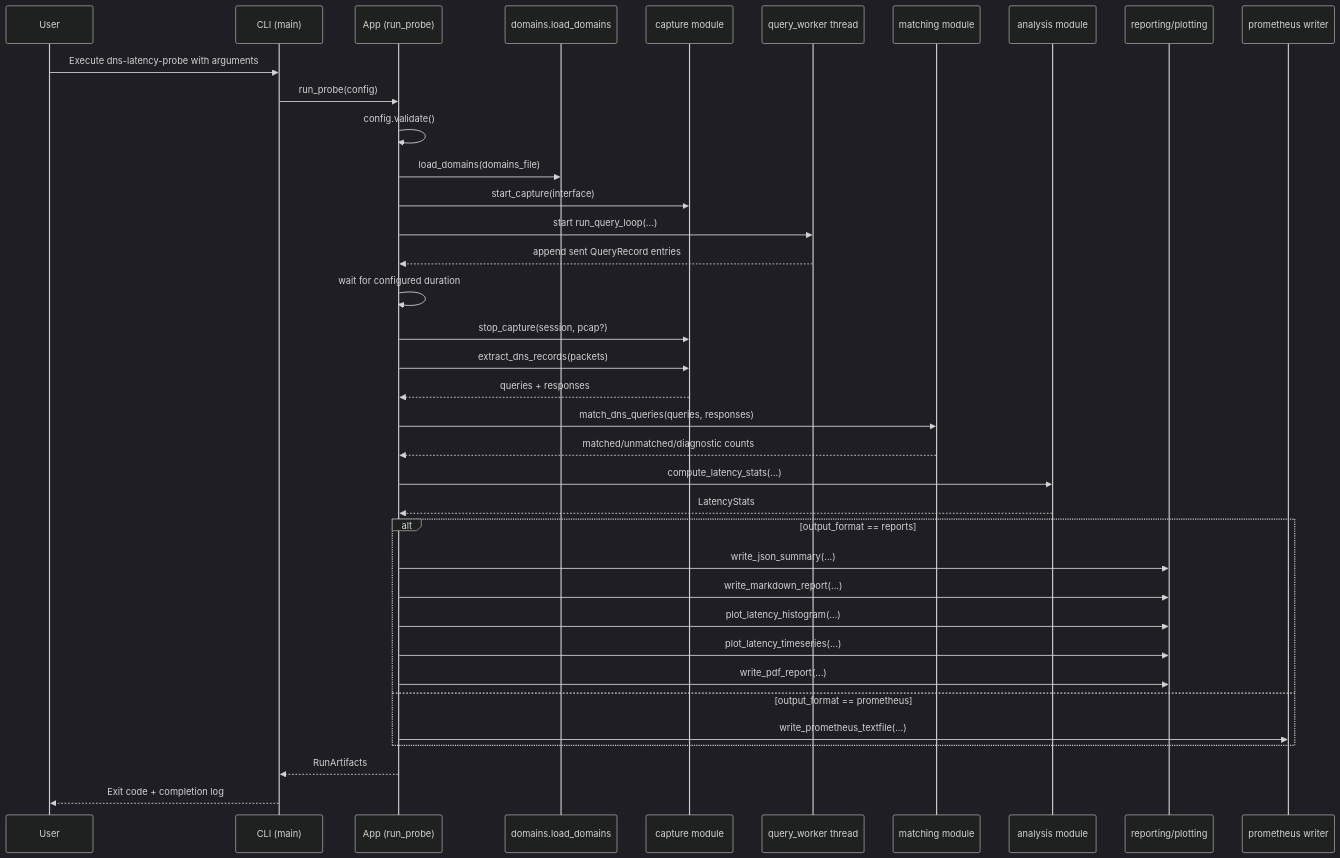
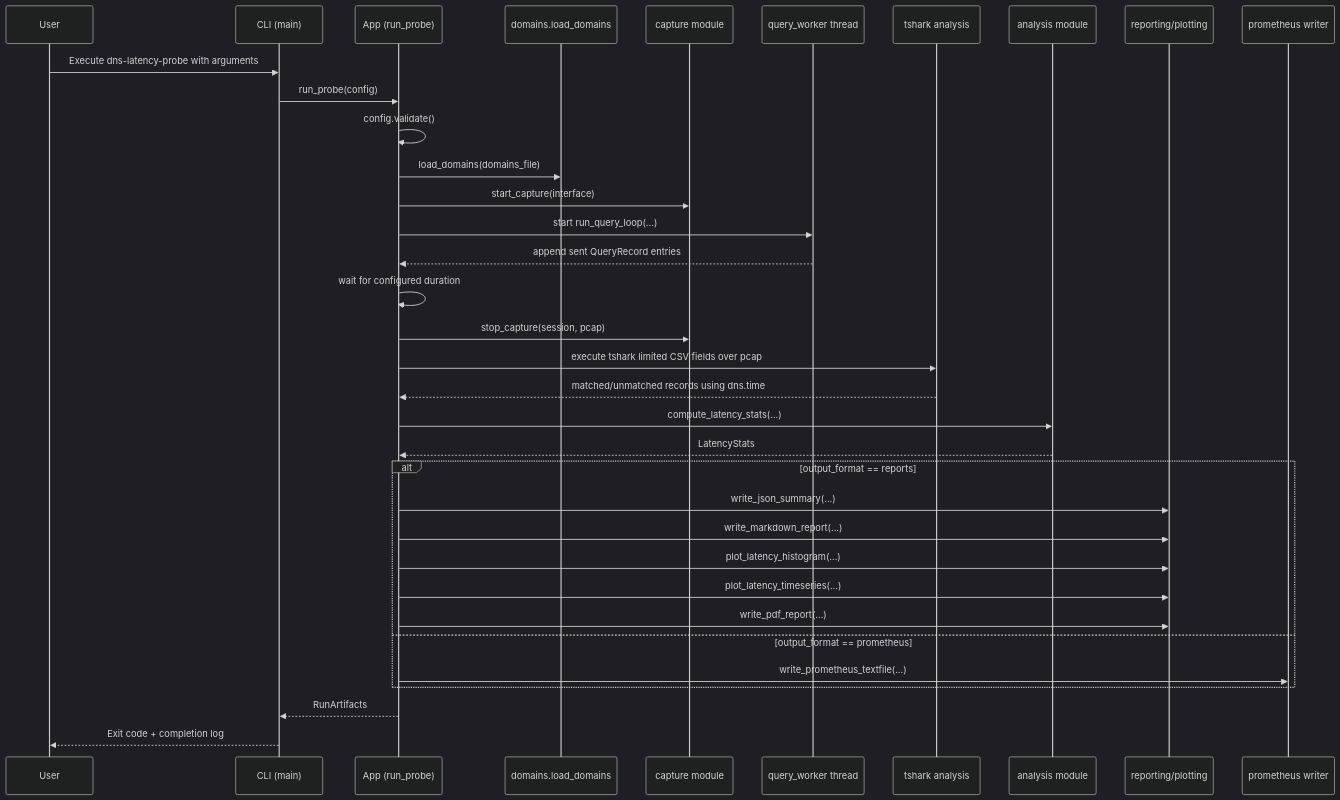
One commit to thomasdstewart/dns-latency-probe changed the second of 2 diagrams in docs/application-uml.md. Above: the diagram before and after it, drawn with Mermaid (dark theme). The commit also changed other lines of this file and 11 other files, not shown here.

Commit message:
feat: analyse DNS captures with tshark

````diff
--- a/docs/application-uml.md
+++ b/docs/application-uml.md
@@ -148,45 +148,42 @@
 ```mermaid
 sequenceDiagram
     participant U as User
     participant C as CLI (main)
     participant A as App (run_probe)
     participant D as domains.load_domains
     participant Cap as capture module
     participant W as query_worker thread
-    participant M as matching module
+    participant T as tshark analysis
     participant S as analysis module
     participant R as reporting/plotting
     participant P as prometheus writer
 
     U->>C: Execute dns-latency-probe with arguments
     C->>A: run_probe(config)
     A->>A: config.validate()
     A->>D: load_domains(domains_file)
 
     A->>Cap: start_capture(interface)
     A->>W: start run_query_loop(...)
     W-->>A: append sent QueryRecord entries
 
     A->>A: wait for configured duration
-    A->>Cap: stop_capture(session, pcap?)
-    A->>Cap: extract_dns_records(packets)
-    Cap-->>A: queries + responses
-
-    A->>M: match_dns_queries(queries, responses)
-    M-->>A: matched/unmatched/diagnostic counts
+    A->>Cap: stop_capture(session, pcap)
+    A->>T: execute tshark limited CSV fields over pcap
+    T-->>A: matched/unmatched records using dns.time
     A->>S: compute_latency_stats(...)
     S-->>A: LatencyStats
 
     alt output_format == reports
       A->>R: write_json_summary(...)
       A->>R: write_markdown_report(...)
       A->>R: plot_latency_histogram(...)
       A->>R: plot_latency_timeseries(...)
       A->>R: write_pdf_report(...)
     else output_format == prometheus
       A->>P: write_prometheus_textfile(...)
     end
 
     A-->>C: RunArtifacts
     C-->>U: Exit code + completion log
 ```
````
